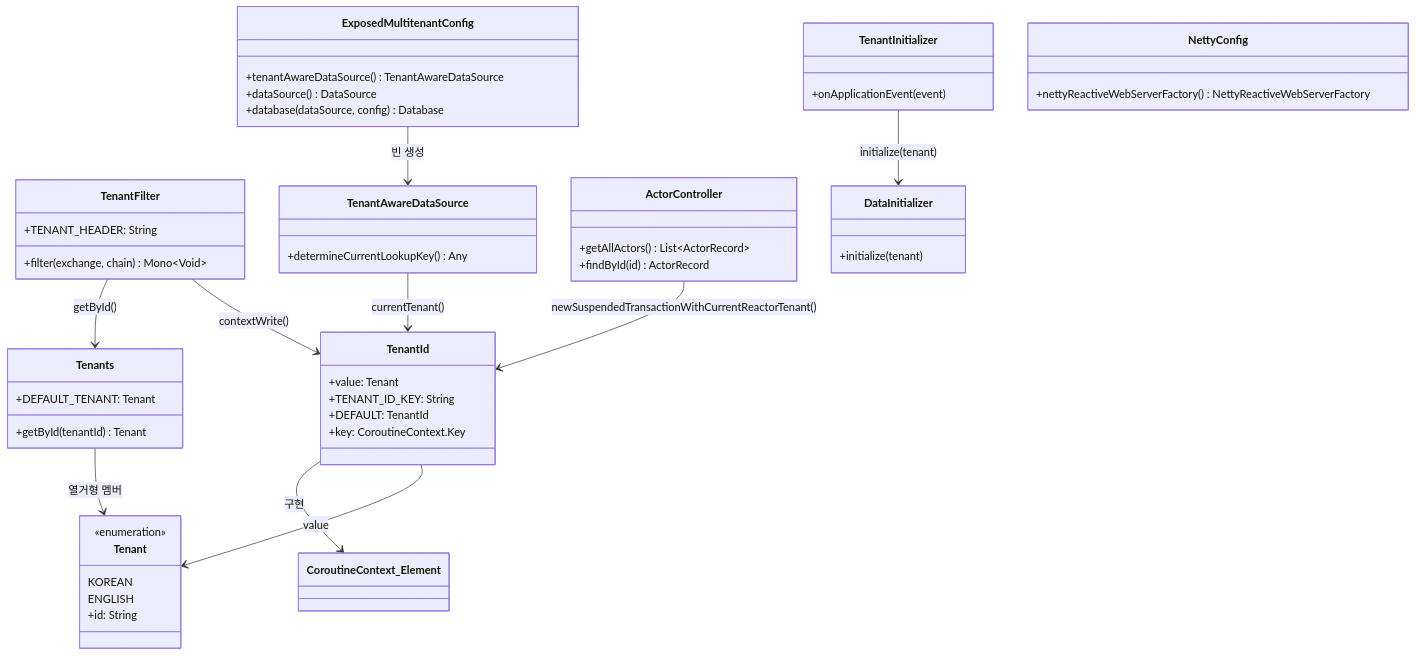
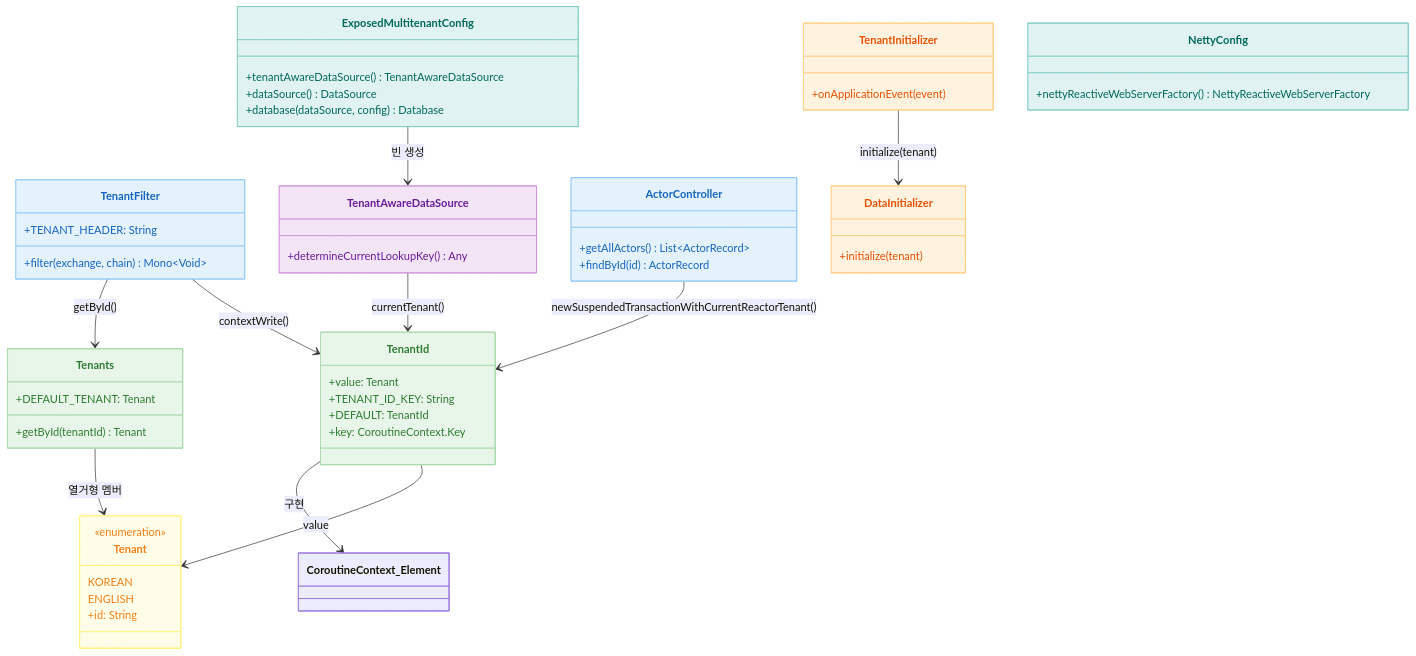
Before and after one commit to bluetape4k/exposed-workshop: the second of 4 diagrams in 10-multi-tenant/03-multitenant-spring-webflux/README.md, drawn with Mermaid. The commit also changed other lines of this file and 56 other files, not shown here.

First line of the commit message:
docs: 전체 README mermaid 다이어그램에 파스텔 톤 색상 적용

````diff
--- a/10-multi-tenant/03-multitenant-spring-webflux/README.md
+++ b/10-multi-tenant/03-multitenant-spring-webflux/README.md
@@ -62,63 +62,74 @@
 ```mermaid
 classDiagram
     class TenantFilter {
         +TENANT_HEADER: String
         +filter(exchange, chain) Mono~Void~
     }
 
     class TenantId {
         +value: Tenant
         +TENANT_ID_KEY: String
         +DEFAULT: TenantId
         +key: CoroutineContext.Key
     }
 
     class Tenants {
         +DEFAULT_TENANT: Tenant
         +getById(tenantId) Tenant
     }
 
     class Tenant {
         <<enumeration>>
         KOREAN
         ENGLISH
         +id: String
     }
 
     class TenantAwareDataSource {
         +determineCurrentLookupKey() Any
     }
 
     class ActorController {
         +getAllActors() List~ActorRecord~
         +findById(id) ActorRecord
     }
 
     class TenantInitializer {
         +onApplicationEvent(event)
     }
 
     class DataInitializer {
         +initialize(tenant)
     }
 
     class ExposedMultitenantConfig {
         +tenantAwareDataSource() TenantAwareDataSource
         +dataSource() DataSource
         +database(dataSource, config) Database
     }
 
     class NettyConfig {
         +nettyReactiveWebServerFactory() NettyReactiveWebServerFactory
     }
 
     TenantFilter --> Tenants : getById()
     TenantFilter --> TenantId : contextWrite()
     TenantId --> CoroutineContext_Element : 구현
     TenantId --> Tenant : value
     Tenants --> Tenant : 열거형 멤버
     TenantAwareDataSource --> TenantId : currentTenant()
     ActorController --> TenantId : newSuspendedTransactionWithCurrentReactorTenant()
     TenantInitializer --> DataInitializer : initialize(tenant)
     ExposedMultitenantConfig --> TenantAwareDataSource : 빈 생성
+
+    style TenantFilter fill:#E3F2FD,stroke:#90CAF9,color:#1565C0
+    style TenantId fill:#E8F5E9,stroke:#A5D6A7,color:#2E7D32
+    style Tenants fill:#E8F5E9,stroke:#A5D6A7,color:#2E7D32
+    style Tenant fill:#FFFDE7,stroke:#FFF176,color:#F57F17
+    style TenantAwareDataSource fill:#F3E5F5,stroke:#CE93D8,color:#6A1B9A
+    style ActorController fill:#E3F2FD,stroke:#90CAF9,color:#1565C0
+    style TenantInitializer fill:#FFF3E0,stroke:#FFCC80,color:#E65100
+    style DataInitializer fill:#FFF3E0,stroke:#FFCC80,color:#E65100
+    style ExposedMultitenantConfig fill:#E0F2F1,stroke:#80CBC4,color:#00695C
+    style NettyConfig fill:#E0F2F1,stroke:#80CBC4,color:#00695C
 ```
````
